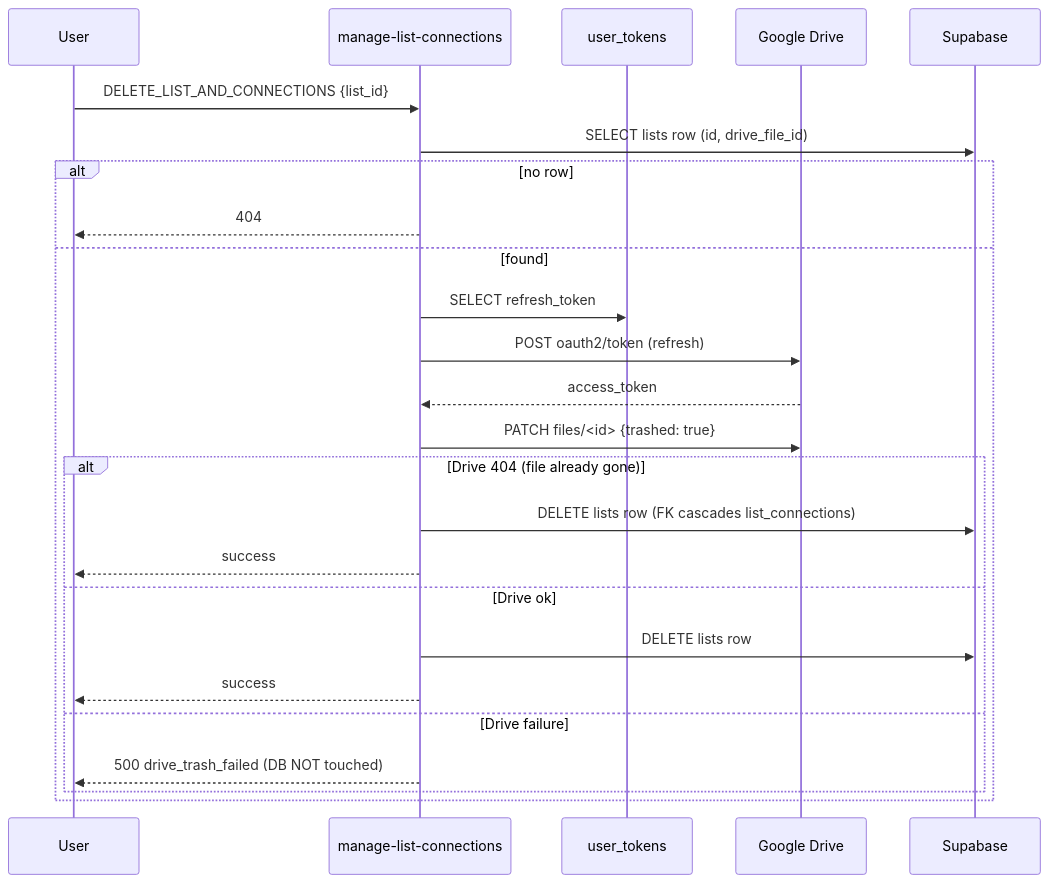
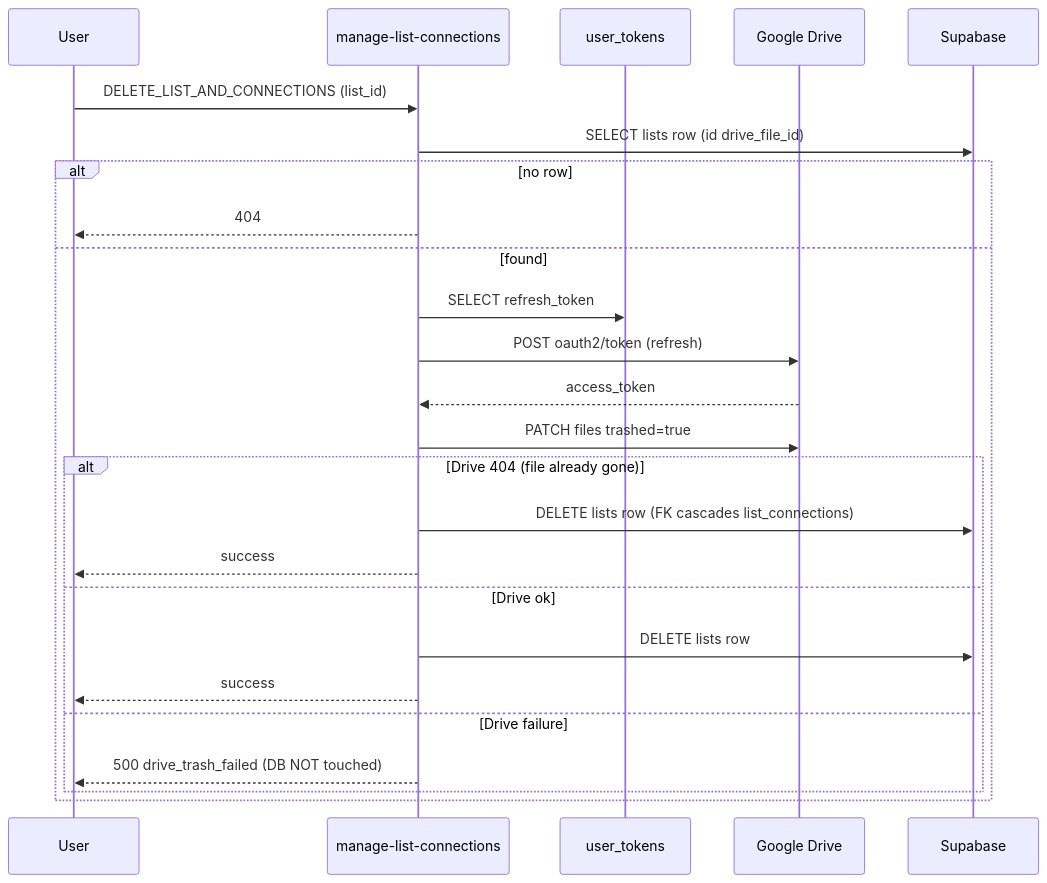
One commit to munk2207/naavi-app changed the eighth of 10 diagrams in docs/ARCHITECTURE_2026-05-13.md. Above: the diagram before and after it, drawn with Mermaid. The commit also changed other lines of this file and 1 other file, not shown here.

````diff
--- a/docs/ARCHITECTURE_2026-05-13.md
+++ b/docs/ARCHITECTURE_2026-05-13.md
@@ -605,28 +605,28 @@
 ```mermaid
 sequenceDiagram
   participant U as User
   participant MLC as manage-list-connections
   participant UT as user_tokens
   participant GD as Google Drive
   participant DB as Supabase
 
-  U->>MLC: DELETE_LIST_AND_CONNECTIONS {list_id}
-  MLC->>DB: SELECT lists row (id, drive_file_id)
+  U->>MLC: DELETE_LIST_AND_CONNECTIONS (list_id)
+  MLC->>DB: SELECT lists row (id drive_file_id)
   alt no row
     MLC-->>U: 404
   else found
     MLC->>UT: SELECT refresh_token
     MLC->>GD: POST oauth2/token (refresh)
     GD-->>MLC: access_token
-    MLC->>GD: PATCH files/<id> {trashed: true}
+    MLC->>GD: PATCH files trashed=true
     alt Drive 404 (file already gone)
       MLC->>DB: DELETE lists row (FK cascades list_connections)
       MLC-->>U: success
     else Drive ok
       MLC->>DB: DELETE lists row
       MLC-->>U: success
     else Drive failure
       MLC-->>U: 500 drive_trash_failed (DB NOT touched)
     end
   end
 ```
````
